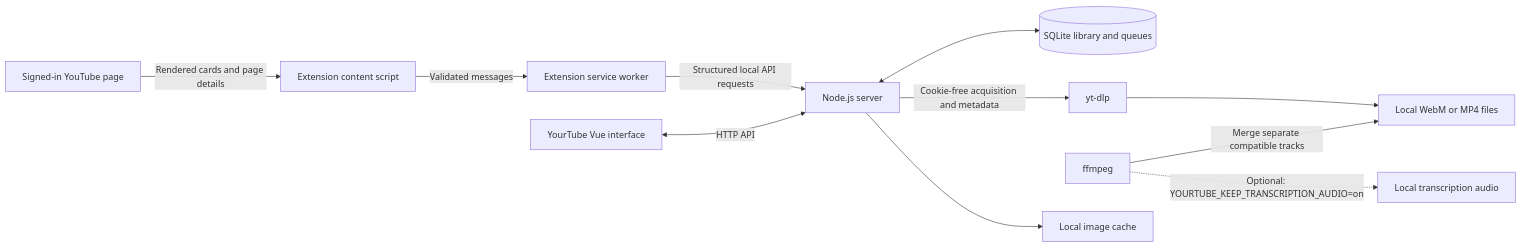
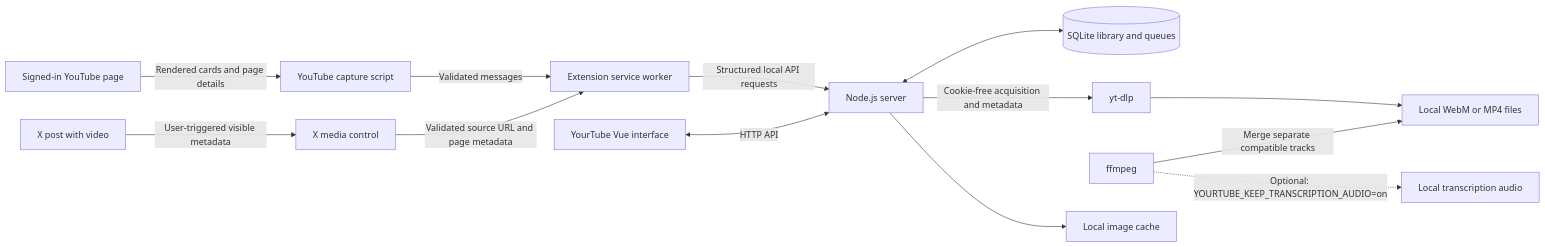
One commit to ava-sig/yourtube changed the diagram in docs/ARCHITECTURE.md. Above: the diagram before and after it, drawn with Mermaid. The commit also changed other lines of this file and 22 other files, not shown here.

````diff
--- a/docs/ARCHITECTURE.md
+++ b/docs/ARCHITECTURE.md
@@ -7,13 +7,15 @@
 ```mermaid
 flowchart LR
-  YT[Signed-in YouTube page] -->|Rendered cards and page details| CS[Extension content script]
+  YT[Signed-in YouTube page] -->|Rendered cards and page details| CS[YouTube capture script]
+  X[X post with video] -->|User-triggered visible metadata| XCS[X media control]
   CS -->|Validated messages| BG[Extension service worker]
+  XCS -->|Validated source URL and page metadata| BG
   BG -->|Structured local API requests| API[Node.js server]
   UI[YourTube Vue interface] <-->|HTTP API| API
   API <--> DB[(SQLite library and queues)]
   API -->|Cookie-free acquisition and metadata| YTDLP[yt-dlp]
   YTDLP --> MEDIA[Local WebM or MP4 files]
   FFMPEG[ffmpeg] -->|Merge separate compatible tracks| MEDIA
   FFMPEG -.->|Optional: YOURTUBE_KEEP_TRANSCRIPTION_AUDIO=on| AUDIO[Local transcription audio]
   API --> IMG[Local image cache]
 ```
````
